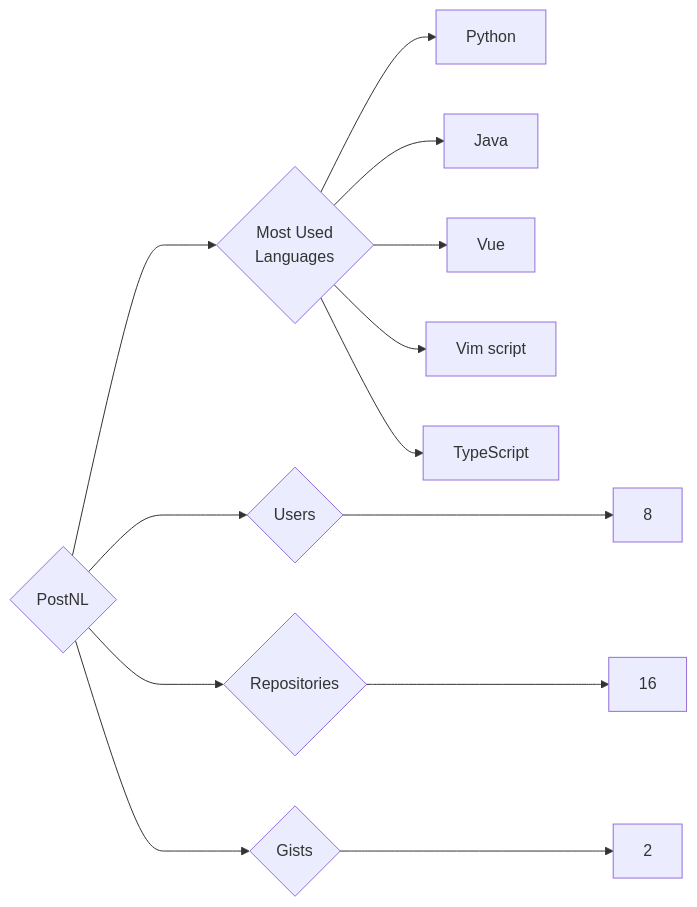
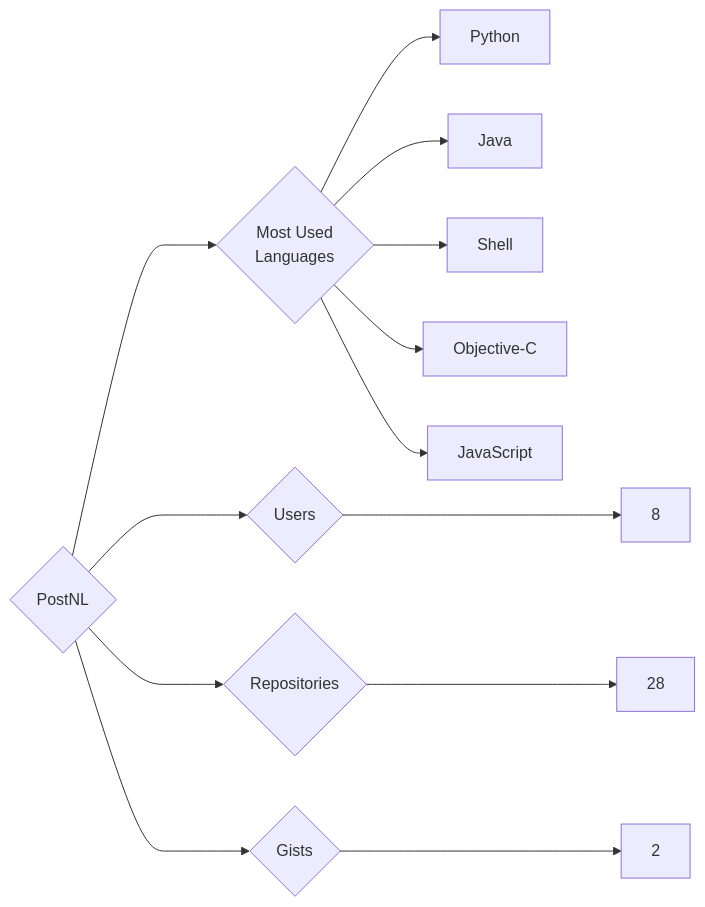
Before and after one commit to trickest/insiders: the diagram in targets/PostNL/README.md, drawn with Mermaid. The commit also changed 973 other files, not shown here.

````diff
--- a/targets/PostNL/README.md
+++ b/targets/PostNL/README.md
@@ -3,13 +3,13 @@
 ```mermaid
 graph LR
 COMPANY_NAME{PostNL}
 COMPANY_NAME ---> U{Users} ---> UN[8]
-COMPANY_NAME ---> R{Repositories} ---> RN[16]
+COMPANY_NAME ---> R{Repositories} ---> RN[28]
 COMPANY_NAME ---> G{Gists} ---> GN[2]
 COMPANY_NAME ---> ML{Most Used<br>Languages}
 ML --> Python[Python]
 ML --> Java[Java]
-ML --> Vue[Vue]
-ML --> Vim_script[Vim script]
-ML --> TypeScript[TypeScript]
+ML --> Shell[Shell]
+ML --> Objective-C[Objective-C]
+ML --> JavaScript[JavaScript]
 ```
````
